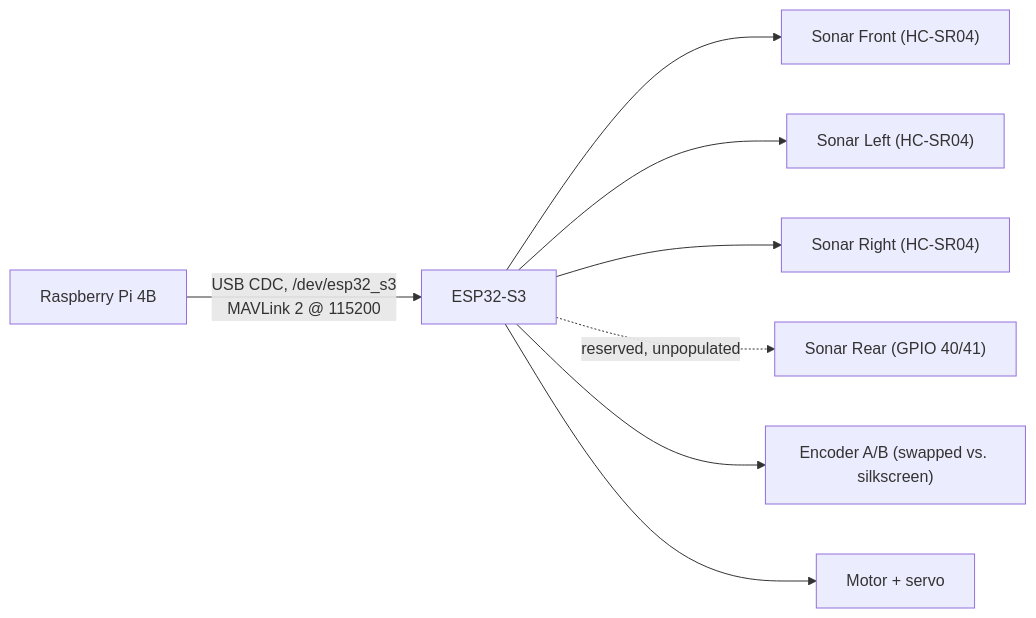
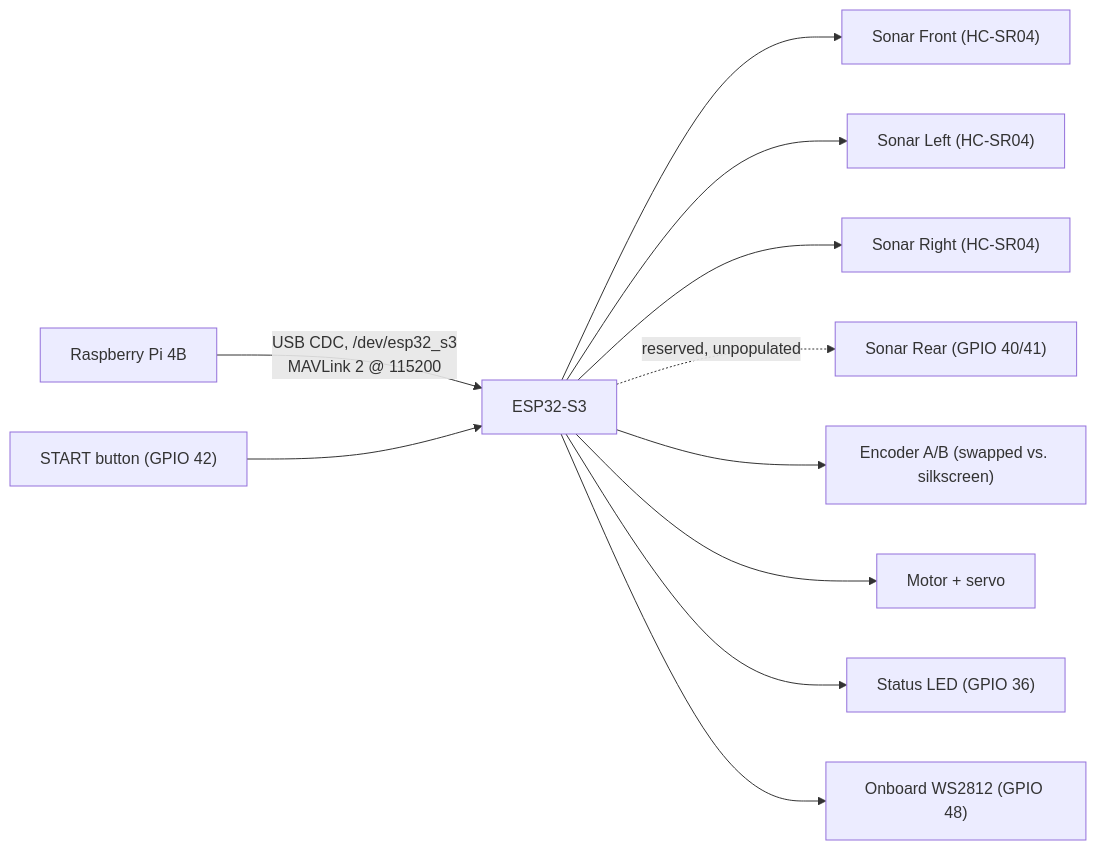
Before and after one commit to muztahiddurjoy/gorur_gari_2026: the diagram in circuit_diagram/README.md, drawn with Mermaid. The commit also changed other lines of this file and 44 other files, not shown here.

````diff
--- a/circuit_diagram/README.md
+++ b/circuit_diagram/README.md
@@ -13,10 +13,13 @@
 ```mermaid
 flowchart LR
     PI["Raspberry Pi 4B"] -->|"USB CDC, /dev/esp32_s3\nMAVLink 2 @ 115200"| ESP["ESP32-S3"]
     ESP --> SF["Sonar Front (HC-SR04)"]
     ESP --> SL["Sonar Left (HC-SR04)"]
     ESP --> SR["Sonar Right (HC-SR04)"]
     ESP -.->|"reserved, unpopulated"| SREAR["Sonar Rear (GPIO 40/41)"]
     ESP --> ENC["Encoder A/B (swapped vs. silkscreen)"]
     ESP --> ACT["Motor + servo"]
+    BTN["START button (GPIO 42)"] --> ESP
+    ESP --> LED["Status LED (GPIO 36)"]
+    ESP --> PIX["Onboard WS2812 (GPIO 48)"]
 ```
````
